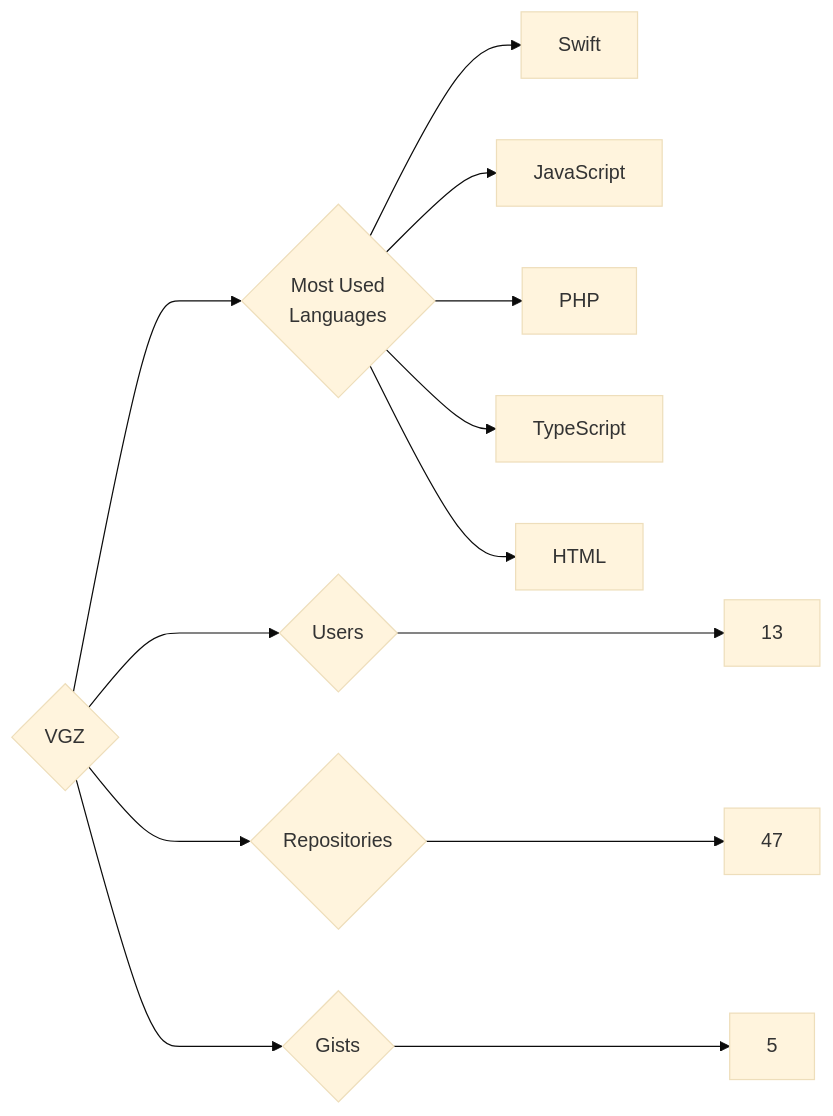
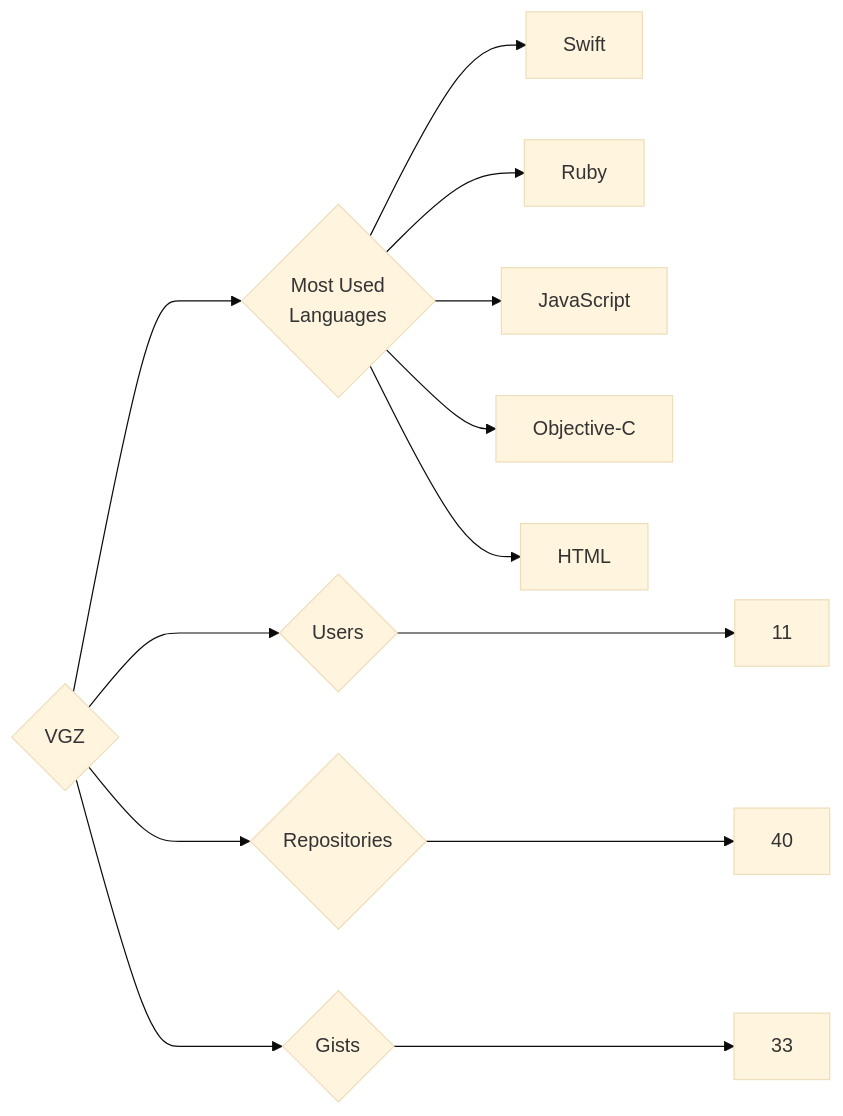
Before and after one commit to trickest/insiders: the diagram in targets/VGZ/README.md, drawn with Mermaid (base theme). The commit also changed 953 other files, not shown here.

````diff
--- a/targets/VGZ/README.md
+++ b/targets/VGZ/README.md
@@ -3,13 +3,13 @@
 ```mermaid
 graph LR
 COMPANY_NAME{VGZ}
-COMPANY_NAME ---> U{Users} ---> UN[13]
-COMPANY_NAME ---> R{Repositories} ---> RN[47]
-COMPANY_NAME ---> G{Gists} ---> GN[5]
+COMPANY_NAME ---> U{Users} ---> UN[11]
+COMPANY_NAME ---> R{Repositories} ---> RN[40]
+COMPANY_NAME ---> G{Gists} ---> GN[33]
 COMPANY_NAME ---> ML{Most Used<br>Languages}
 ML --> Swift[Swift]
+ML --> Ruby[Ruby]
 ML --> JavaScript[JavaScript]
-ML --> PHP[PHP]
-ML --> TypeScript[TypeScript]
+ML --> Objective-C[Objective-C]
 ML --> HTML[HTML]
 ```
````
